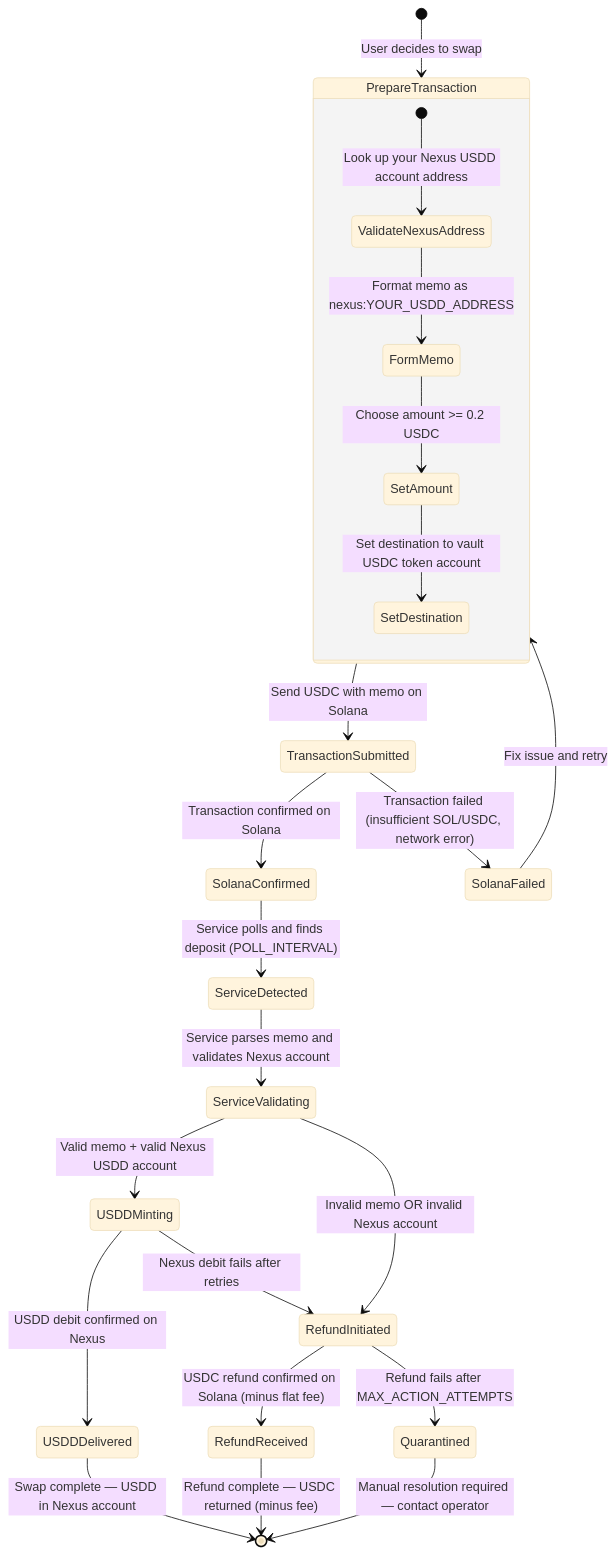
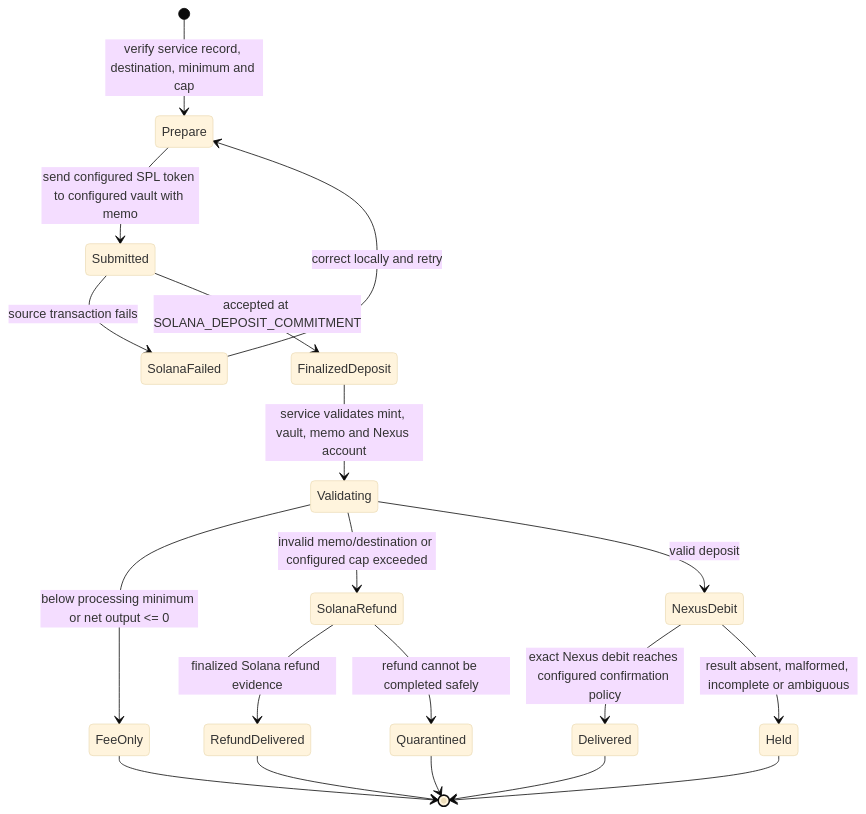
Before and after one commit to AkstonCap/swapService: the first of 2 diagrams in docs/SWAP_INITIATOR_STATE_MACHINES.md, drawn with Mermaid (base theme). The commit also changed other lines of this file and 10 other files, not shown here.

````diff
--- a/docs/SWAP_INITIATOR_STATE_MACHINES.md
+++ b/docs/SWAP_INITIATOR_STATE_MACHINES.md
@@ -20,34 +26,21 @@
 ```mermaid
 stateDiagram-v2
-    [*] --> PrepareTransaction : User decides to swap
-
-    state PrepareTransaction {
-        [*] --> ValidateNexusAddress : Look up your Nexus USDD account address
-        ValidateNexusAddress --> FormMemo : Format memo as nexus:YOUR_USDD_ADDRESS
-        FormMemo --> SetAmount : Choose amount >= 0.2 USDC
-        SetAmount --> SetDestination : Set destination to vault USDC token account
-    }
-
-    PrepareTransaction --> TransactionSubmitted : Send USDC with memo on Solana
-
-    TransactionSubmitted --> SolanaConfirmed : Transaction confirmed on Solana
-    TransactionSubmitted --> SolanaFailed : Transaction failed (insufficient SOL/USDC, network error)
-
-    SolanaFailed --> PrepareTransaction : Fix issue and retry
-
-    SolanaConfirmed --> ServiceDetected : Service polls and finds deposit (POLL_INTERVAL)
-    ServiceDetected --> ServiceValidating : Service parses memo and validates Nexus account
-
-    ServiceValidating --> USDDMinting : Valid memo + valid Nexus USDD account
-    ServiceValidating --> RefundInitiated : Invalid memo OR invalid Nexus account
-
-    USDDMinting --> USDDDelivered : USDD debit confirmed on Nexus
-    USDDMinting --> RefundInitiated : Nexus debit fails after retries
-
-    RefundInitiated --> RefundReceived : USDC refund confirmed on Solana (minus flat fee)
-    RefundInitiated --> Quarantined : Refund fails after MAX_ACTION_ATTEMPTS
-
-    USDDDelivered --> [*] : Swap complete — USDD in Nexus account
-    RefundReceived --> [*] : Refund complete — USDC returned (minus fee)
-    Quarantined --> [*] : Manual resolution required — contact operator
+    [*] --> Prepare: verify service record, destination, minimum and cap
+    Prepare --> Submitted: send configured SPL token to configured vault with memo
+    Submitted --> SolanaFailed: source transaction fails
+    SolanaFailed --> Prepare: correct locally and retry
+    Submitted --> FinalizedDeposit: accepted at SOLANA_DEPOSIT_COMMITMENT
+    FinalizedDeposit --> Validating: service validates mint, vault, memo and Nexus account
+    Validating --> FeeOnly: below processing minimum or net output <= 0
+    Validating --> SolanaRefund: invalid memo/destination or configured cap exceeded
+    Validating --> NexusDebit: valid deposit
+    NexusDebit --> Delivered: exact Nexus debit reaches configured confirmation policy
+    NexusDebit --> Held: result absent, malformed, incomplete or ambiguous
+    SolanaRefund --> RefundDelivered: finalized Solana refund evidence
+    SolanaRefund --> Quarantined: refund cannot be completed safely
+    Delivered --> [*]
+    FeeOnly --> [*]
+    RefundDelivered --> [*]
+    Held --> [*]
+    Quarantined --> [*]
 ```
````
